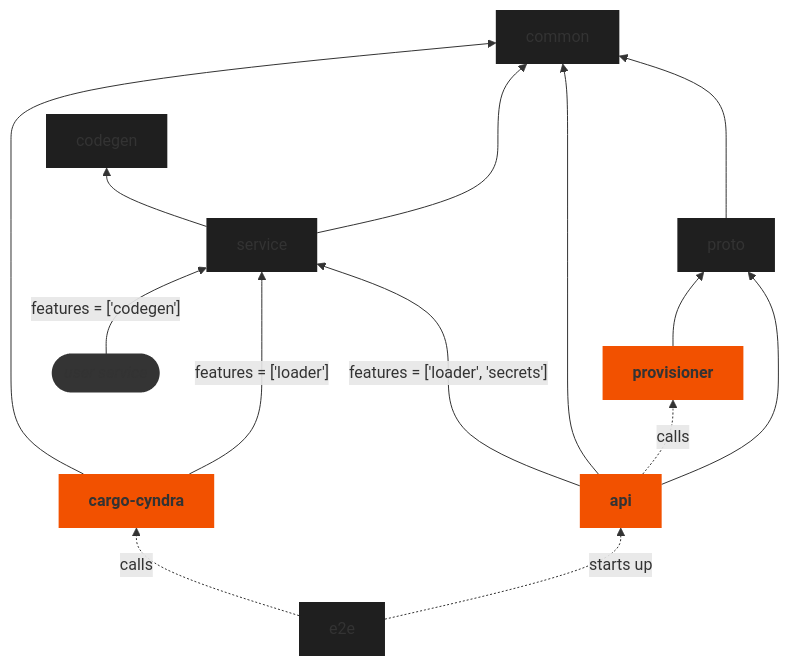
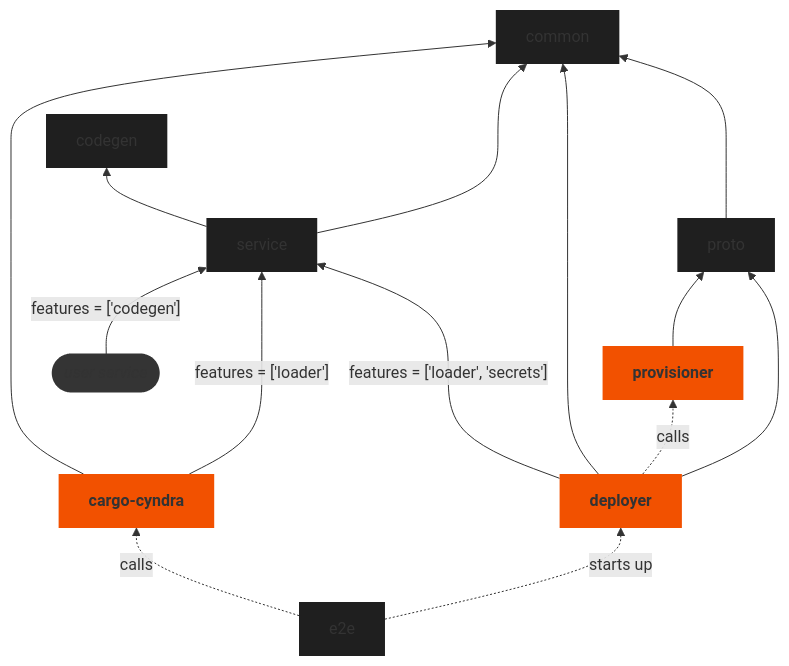
One commit to Cyndra-project/cyndra changed the diagram in CONTRIBUTING.md. Above: the diagram before and after it, drawn with Mermaid. The commit also changed other lines of this file and 5 other files, not shown here.

Commit message:
refactor: rename `project` to `service` in deployer (#338)

````diff
--- a/CONTRIBUTING.md
+++ b/CONTRIBUTING.md
@@ -104,29 +104,29 @@
 ```mermaid
 graph BT
     classDef default fill:#1f1f1f,stroke-width:0;
     classDef binary fill:#f25100,font-weight:bold,stroke-width:0;
     classDef external fill:#343434,font-style:italic,stroke:#f25100;
 
-    api:::binary
+    deployer:::binary
     cargo-cyndra:::binary
     common
     codegen
     e2e
     proto
     provisioner:::binary
     service
     user([user service]):::external
-    api --> proto
-    api -.->|calls| provisioner
+    deployer --> proto
+    deployer -.->|calls| provisioner
     service ---> common
-    api --> common
+    deployer --> common
     cargo-cyndra --->|"features = ['loader']"| service
-    api -->|"features = ['loader', 'secrets']"| service
+    deployer -->|"features = ['loader', 'secrets']"| service
     cargo-cyndra --> common
     service --> codegen
     proto ---> common
     provisioner --> proto
-    e2e -.->|starts up| api
+    e2e -.->|starts up| deployer
     e2e -.->|calls| cargo-cyndra
     user -->|"features = ['codegen']"| service
 ```
````
